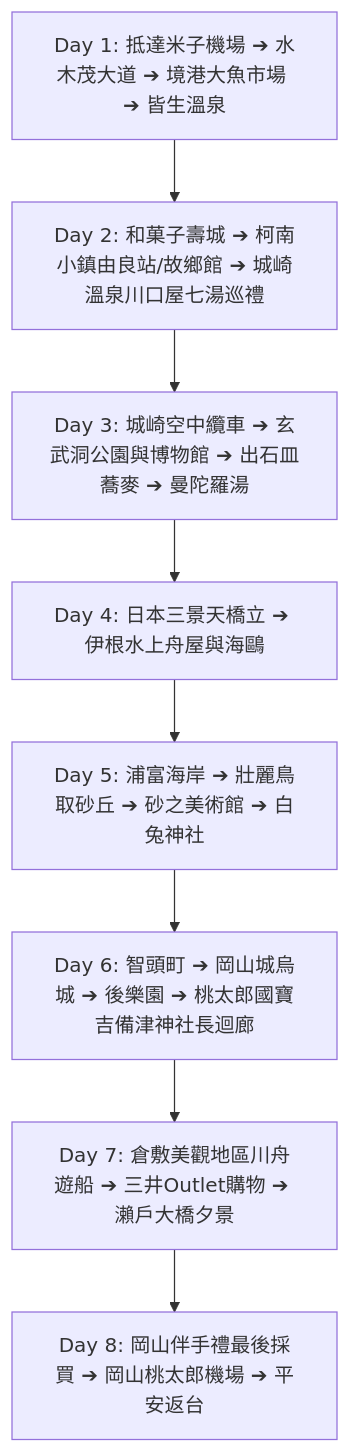
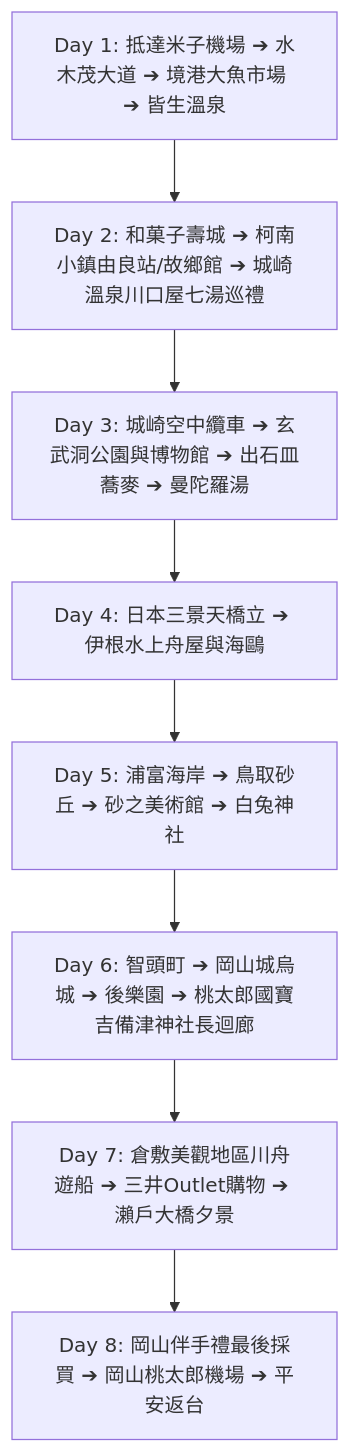
Before and after one commit to iamkeith001/sanin-trip-2027: the diagram in README.md, drawn with Mermaid. The commit also changed other lines of this file and 1 other file, not shown here.

````diff
--- a/README.md
+++ b/README.md
@@ -37,10 +37,10 @@
 ```mermaid
 graph TD
     Day1[Day 1: 抵達米子機場 ➔ 水木茂大道 ➔ 境港大魚市場 ➔ 皆生溫泉] --> Day2[Day 2: 和菓子壽城 ➔ 柯南小鎮由良站/故鄉館 ➔ 城崎溫泉川口屋七湯巡禮]
     Day2 --> Day3[Day 3: 城崎空中纜車 ➔ 玄武洞公園與博物館 ➔ 出石皿蕎麥 ➔ 曼陀羅湯]
     Day3 --> Day4[Day 4: 日本三景天橋立 ➔ 伊根水上舟屋與海鷗]
-    Day4 --> Day5[Day 5: 浦富海岸 ➔ 壯麗鳥取砂丘 ➔ 砂之美術館 ➔ 白兔神社]
+    Day4 --> Day5[Day 5: 浦富海岸 ➔ 鳥取砂丘 ➔ 砂之美術館 ➔ 白兔神社]
     Day5 --> Day6[Day 6: 智頭町 ➔ 岡山城烏城 ➔ 後樂園 ➔ 桃太郎國寶吉備津神社長迴廊]
     Day6 --> Day7[Day 7: 倉敷美觀地區川舟遊船 ➔ 三井Outlet購物 ➔ 瀨戶大橋夕景]
     Day7 --> Day8[Day 8: 岡山伴手禮最後採買 ➔ 岡山桃太郎機場 ➔ 平安返台]
 ```
````
